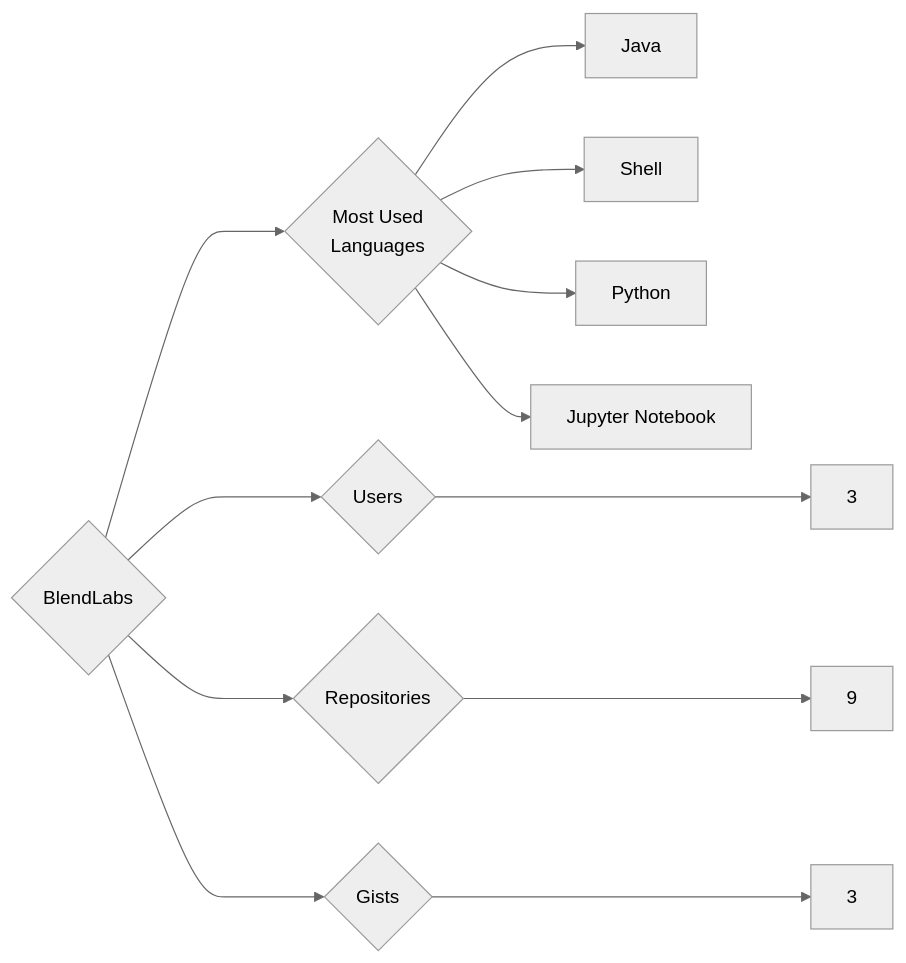
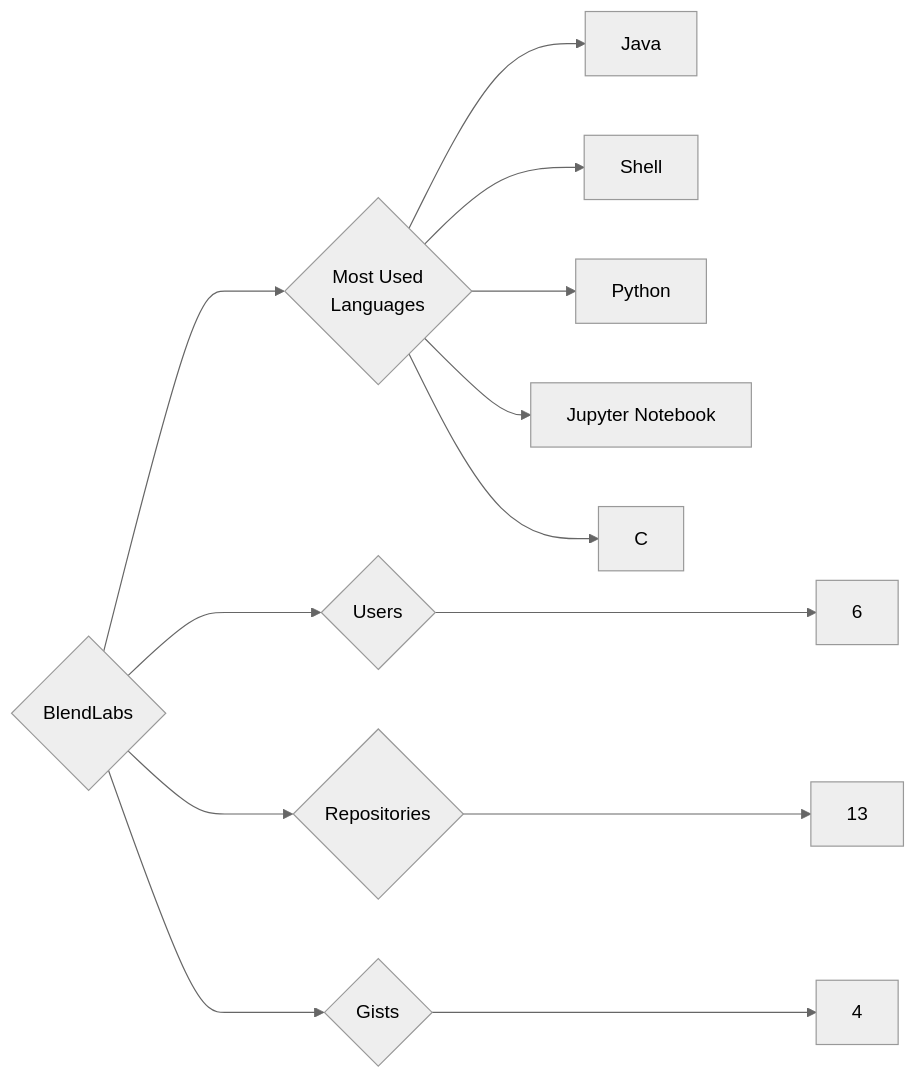
Before and after one commit to trickest/insiders: the diagram in targets/BlendLabs/README.md, drawn with Mermaid (neutral theme). The commit also changed 1092 other files, not shown here.

````diff
--- a/targets/BlendLabs/README.md
+++ b/targets/BlendLabs/README.md
@@ -3,12 +3,13 @@
 ```mermaid
 graph LR
 COMPANY_NAME{BlendLabs}
-COMPANY_NAME ---> U{Users} ---> UN[3]
-COMPANY_NAME ---> R{Repositories} ---> RN[9]
-COMPANY_NAME ---> G{Gists} ---> GN[3]
+COMPANY_NAME ---> U{Users} ---> UN[6]
+COMPANY_NAME ---> R{Repositories} ---> RN[13]
+COMPANY_NAME ---> G{Gists} ---> GN[4]
 COMPANY_NAME ---> ML{Most Used<br>Languages}
 ML --> Java[Java]
 ML --> Shell[Shell]
 ML --> Python[Python]
 ML --> Jupyter_Notebook[Jupyter Notebook]
+ML --> C[C]
 ```
````
